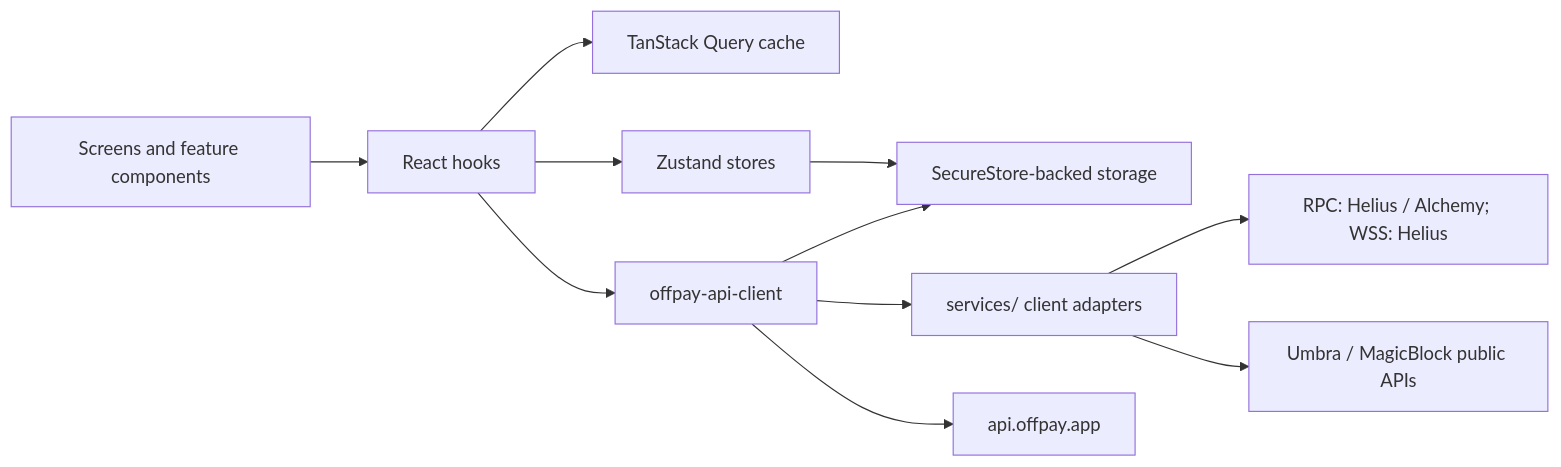
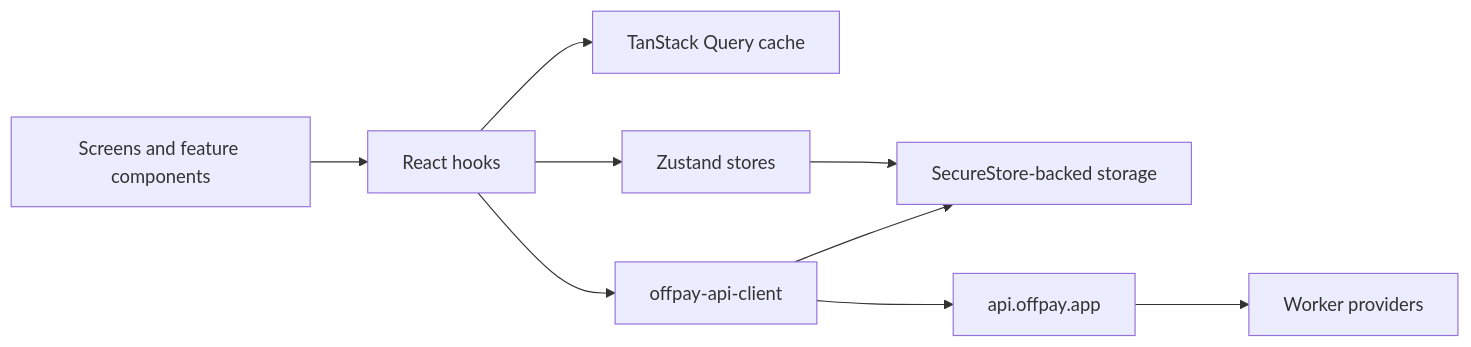
The second of 2 diagrams in documentation/architecture.md (OffPay-Wallet/OffPay), drawn with Mermaid before and after one commit. The commit also changed 70 other files, not shown here.

First line of the commit message:
feat: centralize OffPay provider APIs in worker

````diff
--- a/documentation/architecture.md
+++ b/documentation/architecture.md
@@ -43,24 +43,20 @@
 ```mermaid
 flowchart LR
   Screens["Screens and feature components"]
   Hooks["React hooks"]
   Query["TanStack Query cache"]
   Stores["Zustand stores"]
   Api["offpay-api-client"]
-  ClientBackend["services/ client adapters"]
   Storage["SecureStore-backed storage"]
   Backend["api.offpay.app"]
-  Providers["RPC: Helius / Alchemy; WSS: Helius"]
-  PublicServices["Umbra / MagicBlock public APIs"]
+  Providers["Worker providers"]
 
   Screens --> Hooks
   Hooks --> Query
   Hooks --> Stores
   Hooks --> Api
   Stores --> Storage
   Api --> Storage
-  Api --> ClientBackend
-  ClientBackend --> Providers
-  ClientBackend --> PublicServices
   Api --> Backend
+  Backend --> Providers
 ```
````
